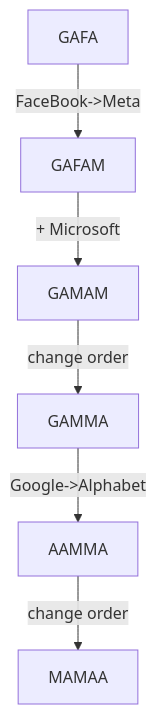
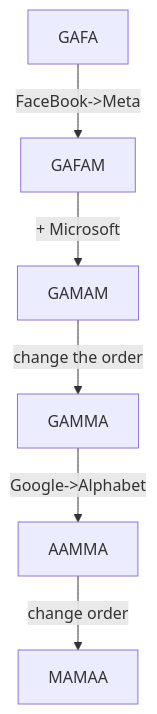
One commit to bebetakumi/mermaid changed the diagram in 遊び用/GAMMA.md. Above: the diagram before and after it, drawn with Mermaid.

````diff
--- a/遊び用/GAMMA.md
+++ b/遊び用/GAMMA.md
@@ -1,6 +1,6 @@
 ```mermaid
 flowchart TD
 
-GAFA -- FaceBook->Meta --> GAFAM -- + Microsoft --> GAMAM -- change order --> GAMMA -- Google->Alphabet --> AAMMA -- change order --> MAMAA
+GAFA -- FaceBook->Meta --> GAFAM -- + Microsoft --> GAMAM -- change the order --> GAMMA -- Google->Alphabet --> AAMMA -- change order --> MAMAA
 
 ```
````
